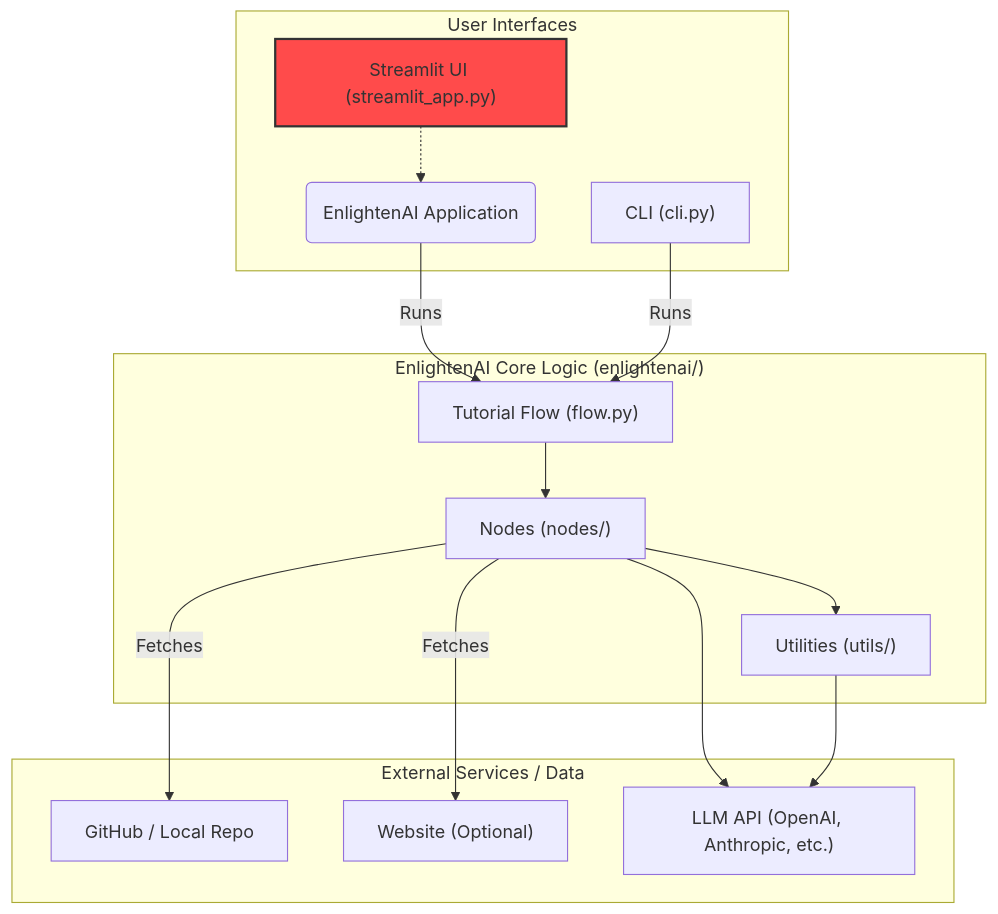
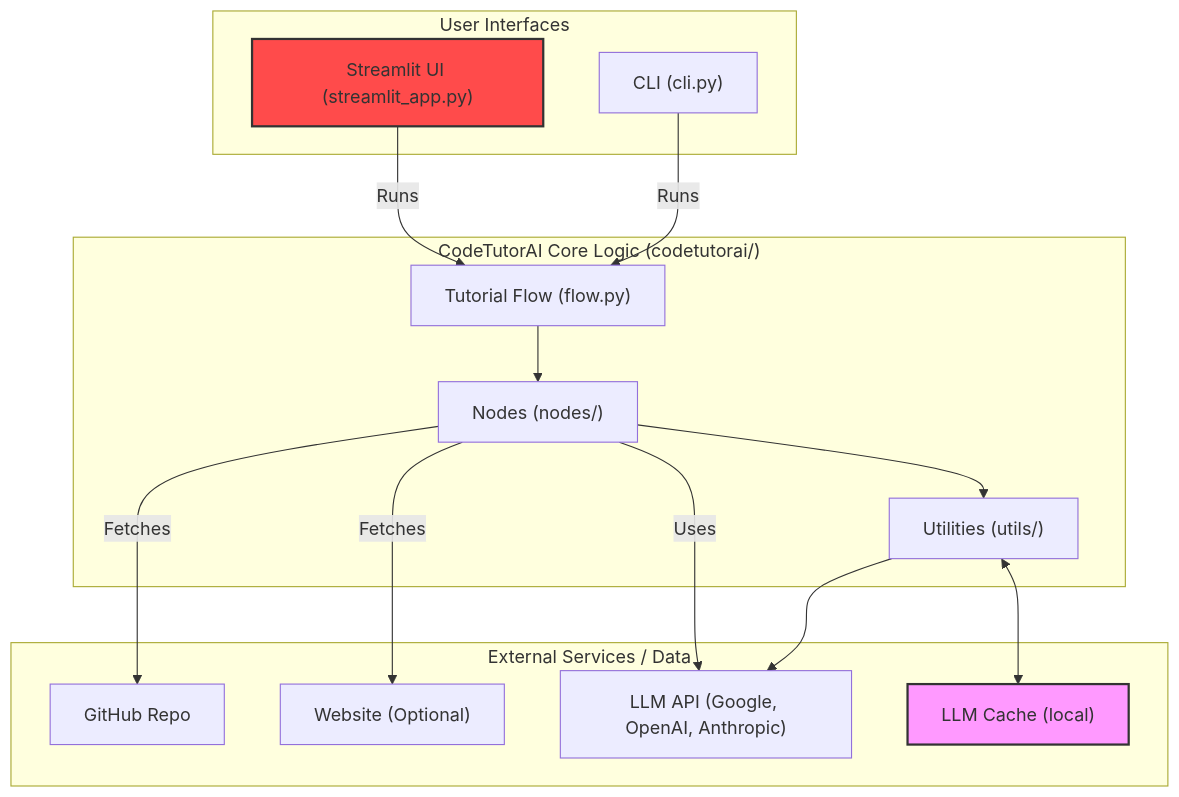
One commit to Mathews-Tom/CodeTutorAI changed the first of 2 diagrams in overview.md. Above: the diagram before and after it, drawn with Mermaid. The commit also changed other lines of this file and 37 other files, not shown here.

First line of the commit message:
feat: Implement Streamlit UI enhancements and core logic updates

````diff
--- a/overview.md
+++ b/overview.md
@@ -77,35 +26,37 @@
 ```mermaid
 graph TD
     subgraph "User Interfaces"
         UI_CLI["CLI (cli.py)"]
-        UI_ST["Streamlit UI (streamlit_app.py)"] -.-> App;
+        UI_ST["Streamlit UI (streamlit_app.py)"]
     end
 
-    subgraph "EnlightenAI Core Logic (enlightenai/)"
+    subgraph "CodeTutorAI Core Logic (codetutorai/)"
         Core_Flow["Tutorial Flow (flow.py)"]
         Core_Nodes["Nodes (nodes/)"]
         Core_Utils["Utilities (utils/)"]
     end
 
     subgraph "External Services / Data"
-        Ext_Git["GitHub / Local Repo"]
+        Ext_Git["GitHub Repo"]
         Ext_Web["Website (Optional)"]
-        Ext_LLM["LLM API (OpenAI, Anthropic, etc.)"]
+        Ext_LLM["LLM API (Google, OpenAI, Anthropic)"]
+        Ext_Cache["LLM Cache (local)"]
     end
 
-    App(EnlightenAI Application) -- Runs --> Core_Flow;
     UI_CLI -- Runs --> Core_Flow;
-
+    UI_ST -- Runs --> Core_Flow;
 
     Core_Flow --> Core_Nodes;
     Core_Nodes --> Core_Utils;
-    Core_Nodes --> Ext_LLM;
+    Core_Utils --> Ext_LLM;
+    %% LLM Client uses cache
+    Core_Utils <--> Ext_Cache;
 
     Core_Nodes -- Fetches --> Ext_Git;
     Core_Nodes -- Fetches --> Ext_Web;
-
-    %% # e.g., llm_client
-    Core_Utils --> Ext_LLM;
+    %% Nodes use LLM via client
+    Core_Nodes -- Uses --> Ext_LLM;
 
     style UI_ST fill:#FF4B4B,stroke:#333,stroke-width:2px
+    style Ext_Cache fill:#f9f,stroke:#333,stroke-width:2px
 ```
````
